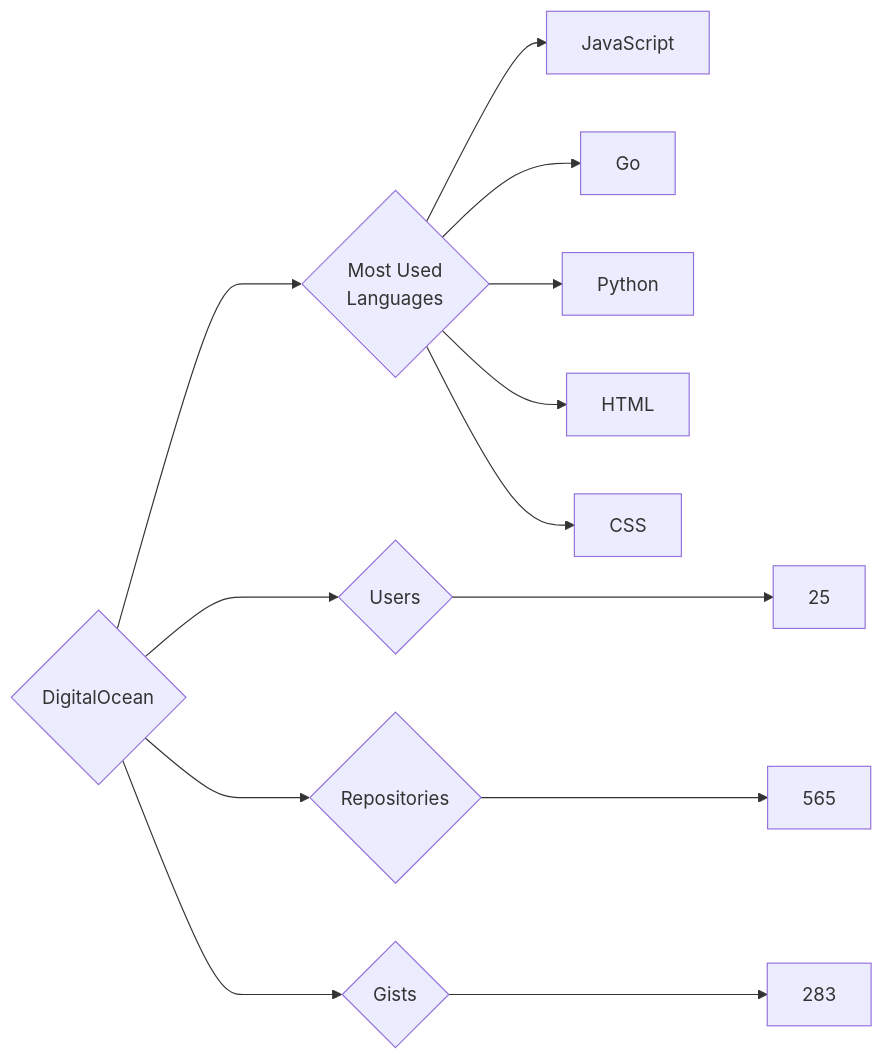
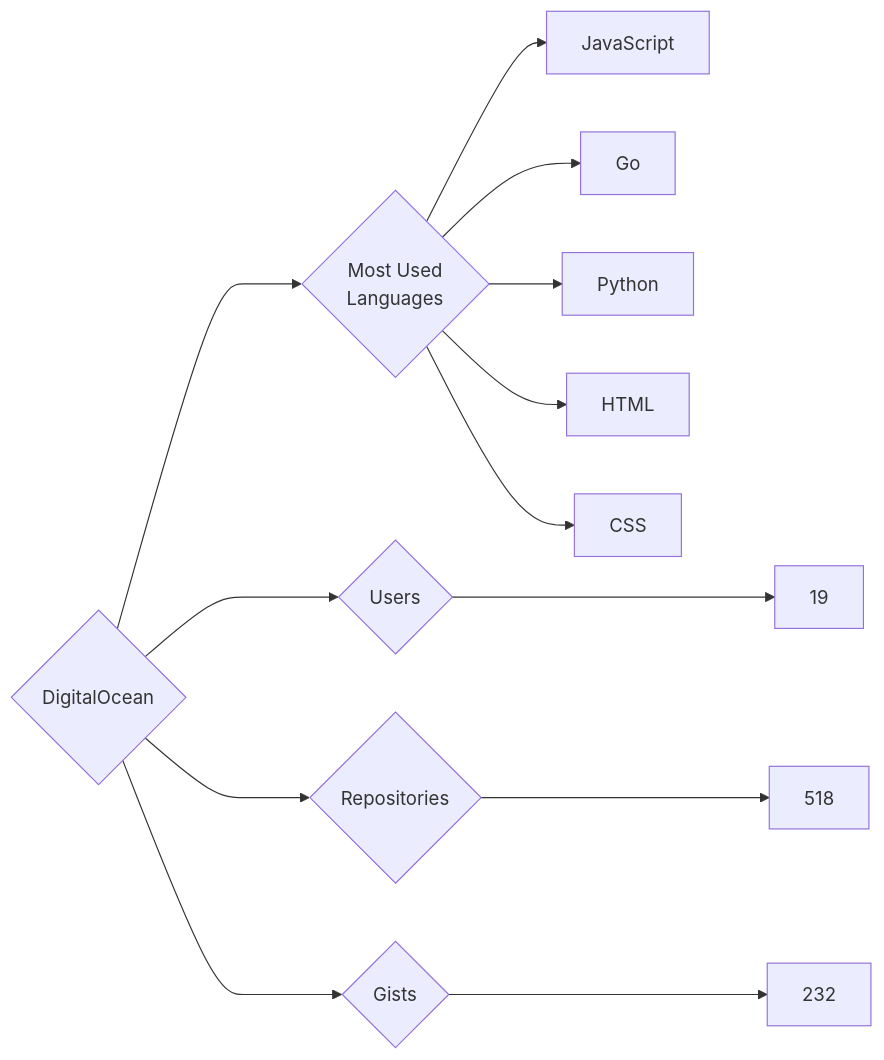
One commit to trickest/insiders changed the diagram in targets/DigitalOcean/README.md. Above: the diagram before and after it, drawn with Mermaid. The commit also changed 891 other files, not shown here.

````diff
--- a/targets/DigitalOcean/README.md
+++ b/targets/DigitalOcean/README.md
@@ -3,13 +3,13 @@
 ```mermaid
 graph LR
 COMPANY_NAME{DigitalOcean}
-COMPANY_NAME ---> U{Users} ---> UN[25]
-COMPANY_NAME ---> R{Repositories} ---> RN[565]
-COMPANY_NAME ---> G{Gists} ---> GN[283]
+COMPANY_NAME ---> U{Users} ---> UN[19]
+COMPANY_NAME ---> R{Repositories} ---> RN[518]
+COMPANY_NAME ---> G{Gists} ---> GN[232]
 COMPANY_NAME ---> ML{Most Used<br>Languages}
 ML --> JavaScript[JavaScript]
 ML --> Go[Go]
 ML --> Python[Python]
 ML --> HTML[HTML]
 ML --> CSS[CSS]
 ```
````
